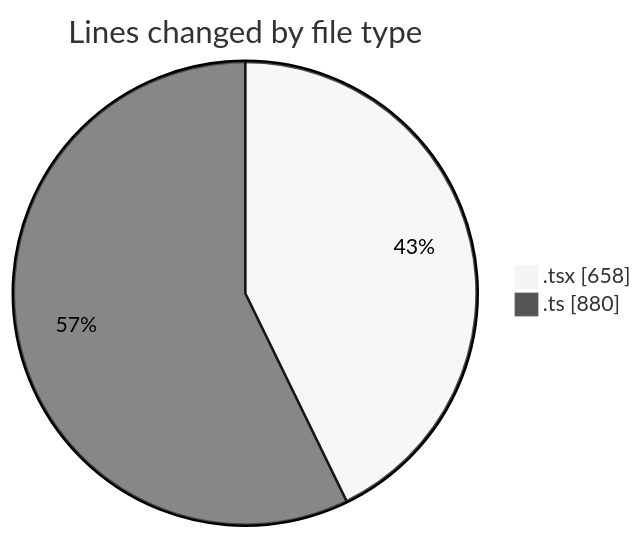
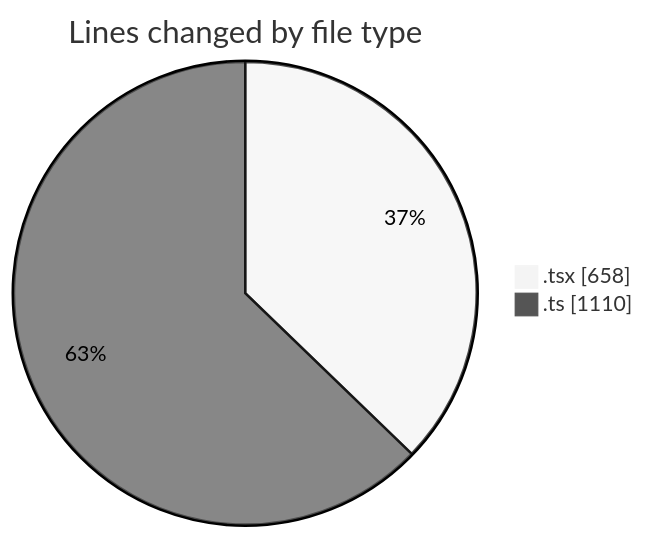
One commit to momahboobian/code-tracking changed the first of 2 diagrams in 2025-09-22/cda/README.md. Above: the diagram before and after it, drawn with Mermaid (neutral theme). The commit also changed other lines of this file and 1 other file, not shown here.

````diff
--- a/2025-09-22/cda/README.md
+++ b/2025-09-22/cda/README.md
@@ -22,6 +23,6 @@
 ```mermaid
 pie showData
 title Lines changed by file type
 ".tsx" : 658
-".ts" : 880
+".ts" : 1110
 ```
````
